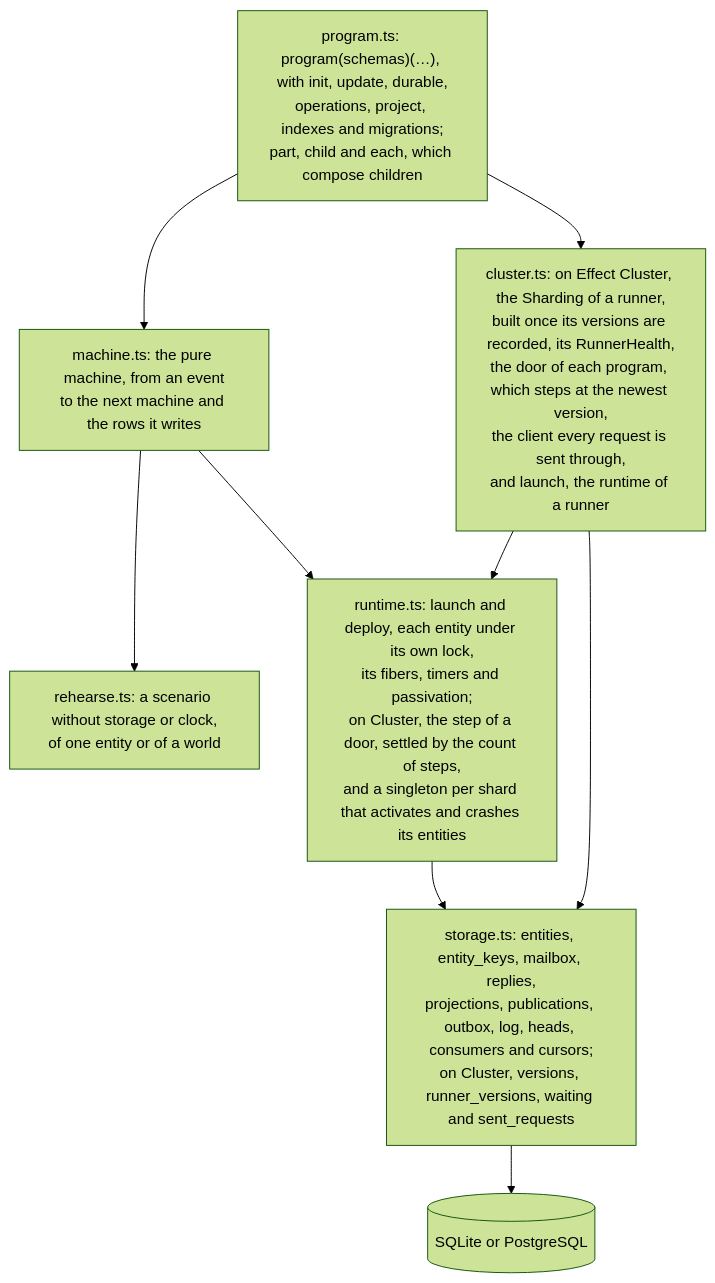
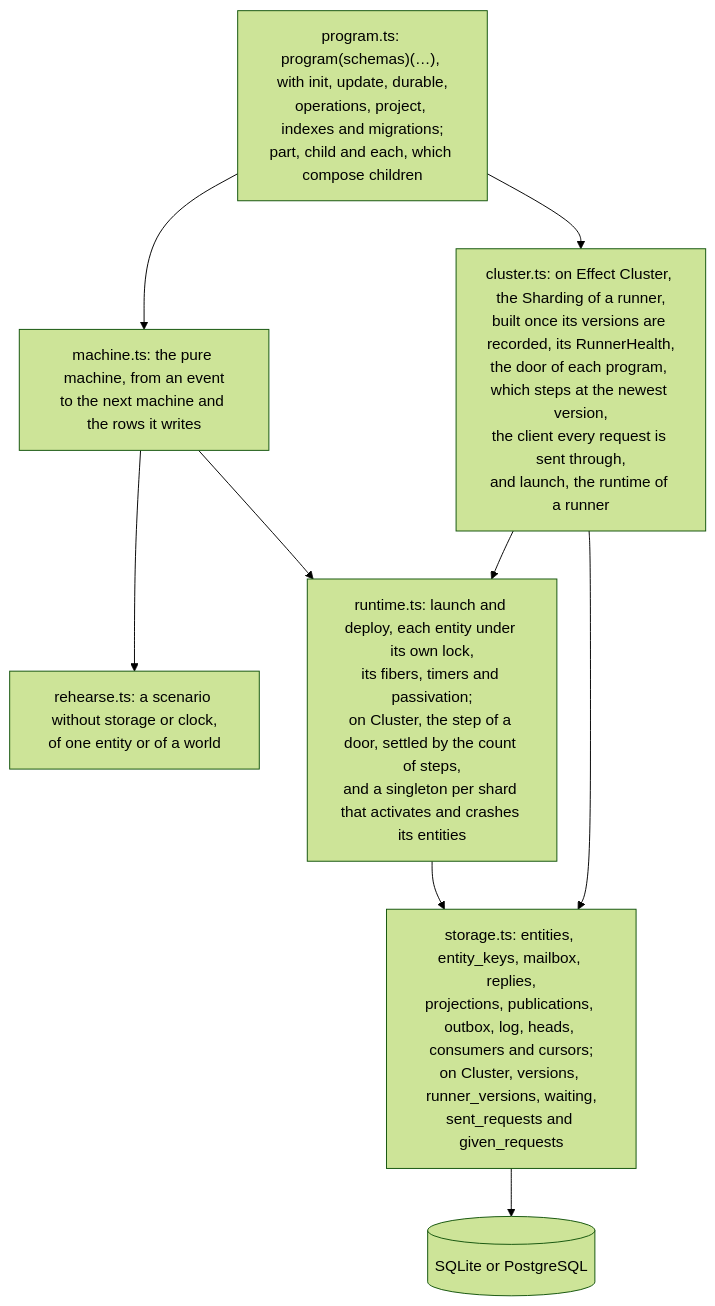
The second of 2 diagrams in README.md (fgaudo/effect-tea-durable), drawn with Mermaid (forest theme) before and after one commit. The commit also changed 9 other files, not shown here.

````diff
--- a/README.md
+++ b/README.md
@@ -88,19 +88,19 @@
 ```mermaid
 flowchart TB
   program["program.ts: program(schemas)(…), with init, update, durable,<br/>operations, project, indexes and migrations;<br/>part, child and each, which compose children"]
   machine["machine.ts: the pure machine, from an event<br/>to the next machine and the rows it writes"]
   rehearse["rehearse.ts: a scenario without storage or clock,<br/>of one entity or of a world"]
   runtime["runtime.ts: launch and deploy, each entity under its own lock,<br/>its fibers, timers and passivation;<br/>on Cluster, the step of a door, settled by the count of steps,<br/>and a singleton per shard that activates and crashes its entities"]
   cluster["cluster.ts: on Effect Cluster, the Sharding of a runner,<br/>built once its versions are recorded, its RunnerHealth,<br/>the door of each program, which steps at the newest version,<br/>the client every request is sent through,<br/>and launch, the runtime of a runner"]
-  storage["storage.ts: entities, entity_keys, mailbox, replies,<br/>projections, publications, outbox, log, heads, consumers and cursors;<br/>on Cluster, versions, runner_versions, waiting and sent_requests"]
+  storage["storage.ts: entities, entity_keys, mailbox, replies,<br/>projections, publications, outbox, log, heads, consumers and cursors;<br/>on Cluster, versions, runner_versions, waiting,<br/>sent_requests and given_requests"]
   db[(SQLite or PostgreSQL)]
 
   program --> machine
   machine --> rehearse
   machine --> runtime
   program --> cluster
   runtime --> storage
   cluster --> runtime
   cluster --> storage
   storage --> db
 ```
````
